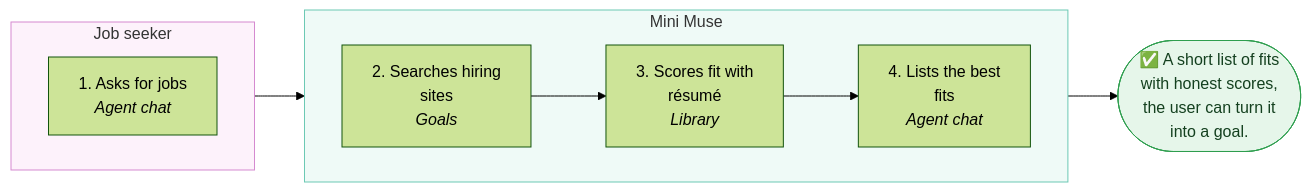
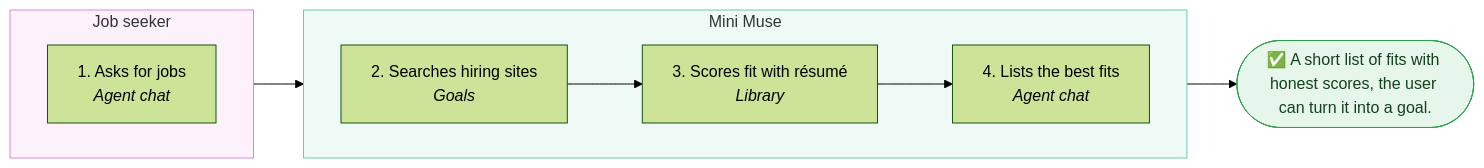
One commit to lngsa1234/mini-muse-mvp changed the second of 6 diagrams in docs/product/baseline.md. Above: the diagram before and after it, drawn with Mermaid (forest theme). The commit also changed other lines of this file, not shown here.

First line of the commit message:
docs: product baseline diagrams back to one-line labels (AgentForge plugin 0.4.4)

````diff
--- a/docs/product/baseline.md
+++ b/docs/product/baseline.md
@@ -112,23 +112,23 @@
 ```mermaid
 flowchart LR
   subgraph user_lane["Job seeker"]
     direction LR
     s1["1. Asks for jobs<br/><i>Agent chat</i>"]
   end
   subgraph agent_lane["Mini Muse"]
     direction LR
-    s2["2. Searches hiring<br/>sites<br/><i>Goals</i>"]
-    s3["3. Scores fit with<br/>résumé<br/><i>Library</i>"]
-    s4["4. Lists the best<br/>fits<br/><i>Agent chat</i>"]
+    s2["2. Searches hiring sites<br/><i>Goals</i>"]
+    s3["3. Scores fit with résumé<br/><i>Library</i>"]
+    s4["4. Lists the best fits<br/><i>Agent chat</i>"]
   end
   s1 --> s2
   s2 --> s3
   s3 --> s4
-  done(["✅ A short list of fits<br/>with honest scores,<br/>the user can turn it<br/>into a goal."])
+  done(["✅ A short list of fits with honest scores, the user can turn it into a goal."])
   s4 --> done
   classDef approval fill:#fff4e0,stroke:#d18a1f,color:#5c3a00
   classDef outcome fill:#e6f6ea,stroke:#2f9e4f,color:#14401f
   style user_lane fill:#fdf2fb,stroke:#d58ad0
   style agent_lane fill:#effaf7,stroke:#6cc9b4
   class done outcome
 ```
````
